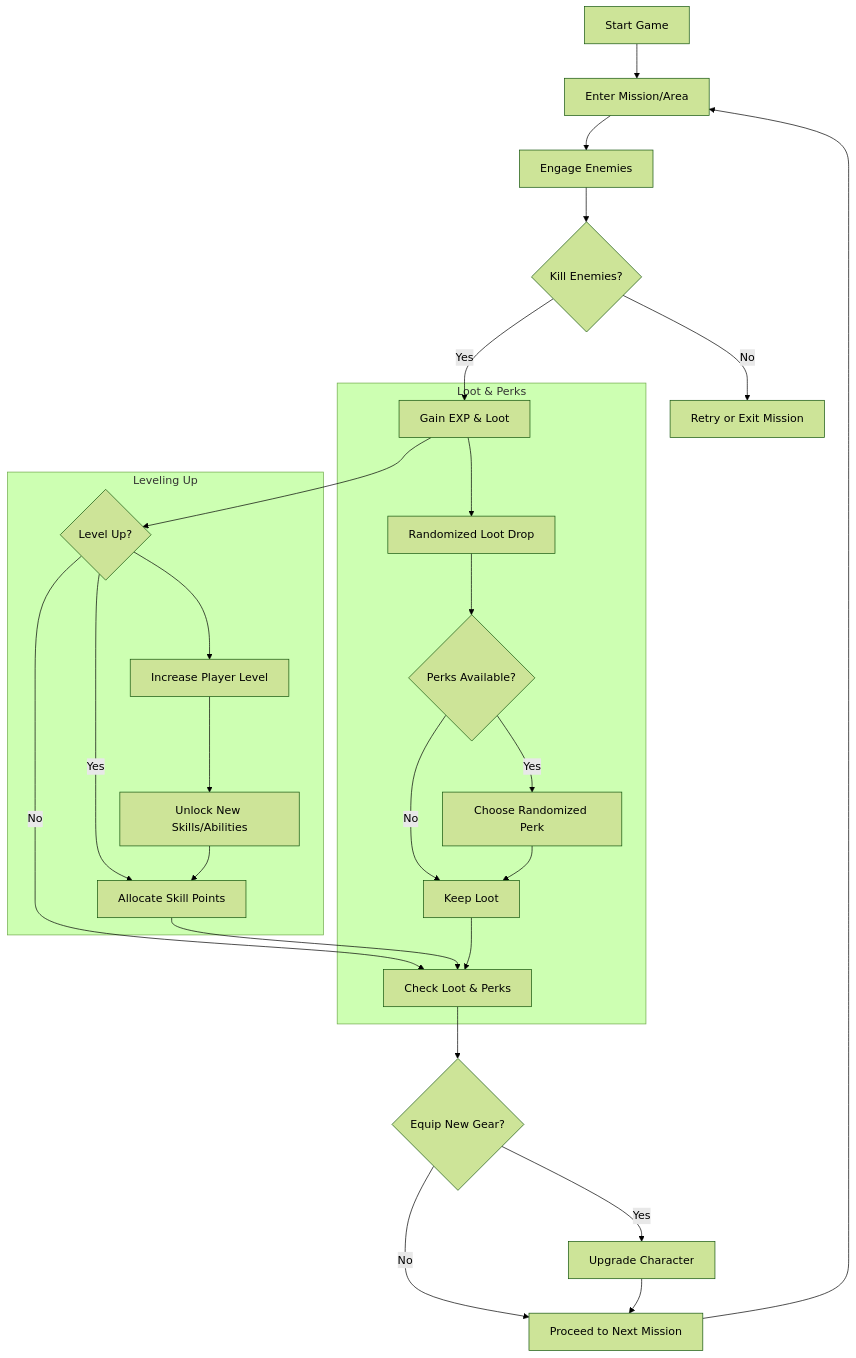
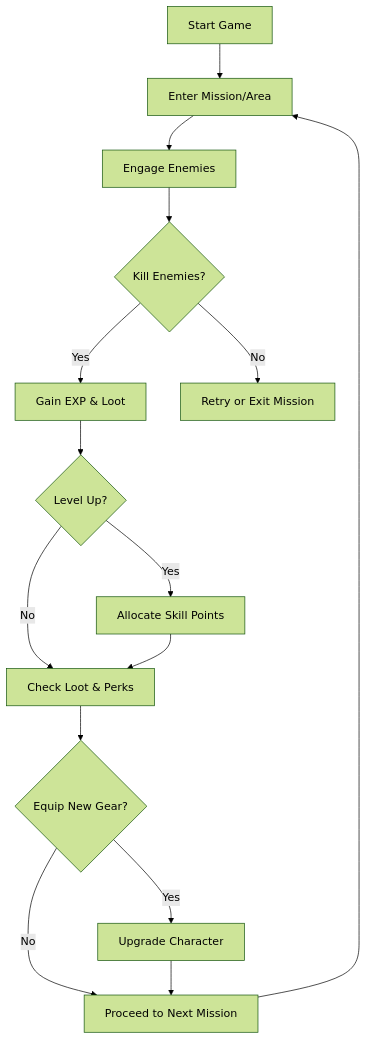
One commit to BrandonW24/BrandonW24.github.io changed the diagram in projects/project1.md. Above: the diagram before and after it, drawn with Mermaid (forest theme). The commit also changed other lines of this file, not shown here.

Commit message:
Updating flow chart

```diff
--- a/projects/project1.md
+++ b/projects/project1.md
@@ -18,32 +18,17 @@
 <div class="mermaid">
 graph TD
     A[Start Game] --> B[Enter Mission/Area]
     B --> C[Engage Enemies]
     C --> D{Kill Enemies?}
     D -- Yes --> E[Gain EXP & Loot]
     D -- No --> F[Retry or Exit Mission]
     E --> G{Level Up?}
     G -- Yes --> H[Allocate Skill Points]
     G -- No --> I[Check Loot & Perks]
     H --> I
     I --> J{Equip New Gear?}
     J -- Yes --> K[Upgrade Character]
     J -- No --> L[Proceed to Next Mission]
     K --> L
     L --> B
-
-    subgraph Loot & Perks
-        E --> M[Randomized Loot Drop]
-        M --> N{Perks Available?}
-        N -- Yes --> O[Choose Randomized Perk]
-        N -- No --> P[Keep Loot]
-        O --> P
-        P --> I
-    end
-
-    subgraph Leveling Up
-        G --> Q[Increase Player Level]
-        Q --> R[Unlock New Skills/Abilities]
-        R --> H
-    end
 </div>
```
